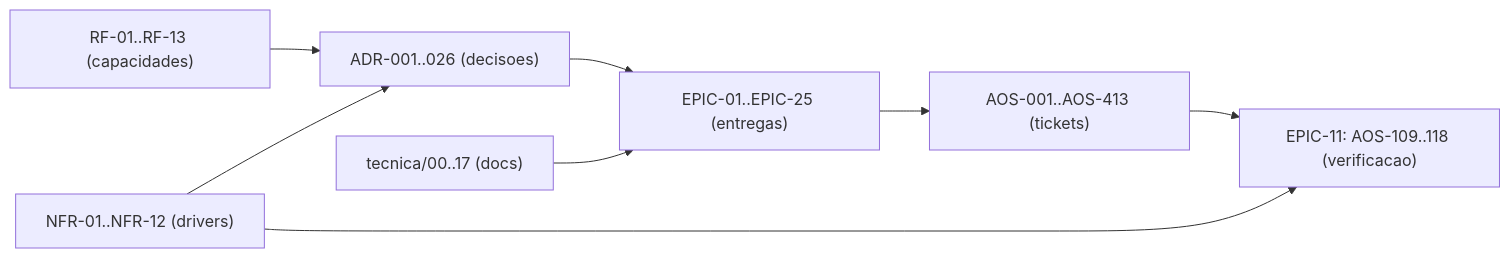
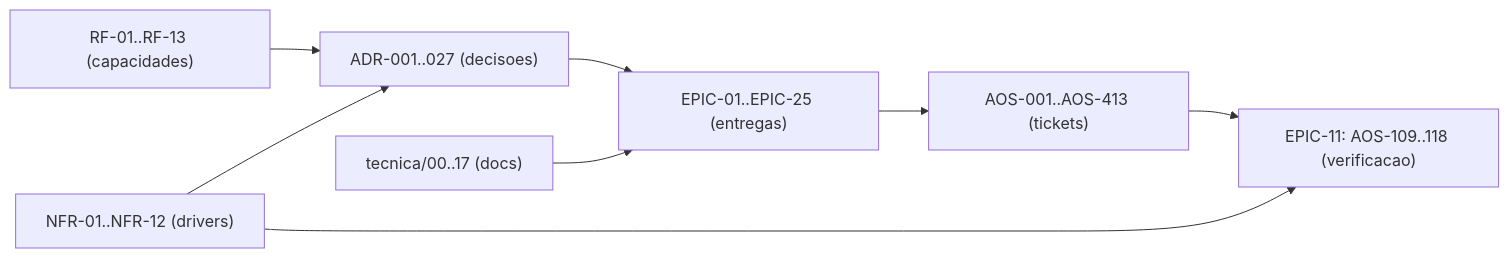
The diagram in tecnica/16_Rastreabilidade_RTM.md (albinoJimy/aos), drawn with Mermaid before and after one commit. The commit also changed other lines of this file and 24 other files, not shown here.

````diff
--- a/tecnica/16_Rastreabilidade_RTM.md
+++ b/tecnica/16_Rastreabilidade_RTM.md
@@ -184,10 +186,10 @@
 ```mermaid
 flowchart LR
-    RF["RF-01..RF-13 (capacidades)"] --> ADR["ADR-001..026 (decisoes)"]
+    RF["RF-01..RF-13 (capacidades)"] --> ADR["ADR-001..027 (decisoes)"]
     NFR["NFR-01..NFR-12 (drivers)"] --> ADR
     ADR --> EPIC["EPIC-01..EPIC-25 (entregas)"]
     EPIC --> TICK["AOS-001..AOS-413 (tickets)"]
     DOC["tecnica/00..17 (docs)"] --> EPIC
     TICK --> TEST["EPIC-11: AOS-109..118 (verificacao)"]
     NFR --> TEST
 ```
````
